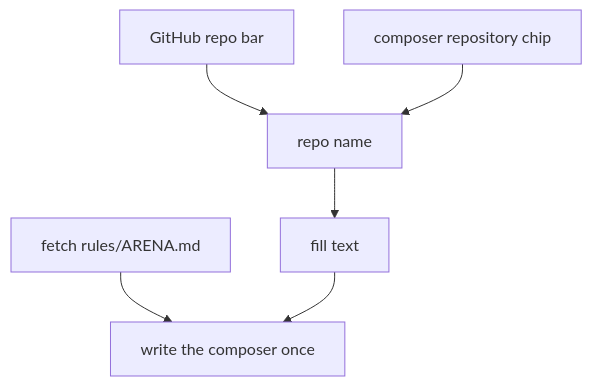
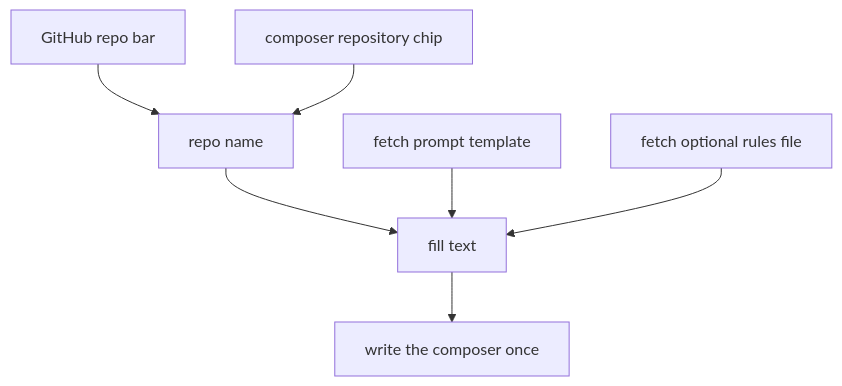
The diagram in userscripts/README.md (nemoe7/clankers), drawn with Mermaid before and after one commit. The commit also changed other lines of this file and 5 other files, not shown here.

````diff
--- a/userscripts/README.md
+++ b/userscripts/README.md
@@ -51,8 +55,9 @@
 ```mermaid
 flowchart TB
   B[GitHub repo bar] --> N[repo name]
   C[composer repository chip] --> N
   N --> T[fill text]
-  F[fetch rules/ARENA.md] --> W[write the composer once]
-  T --> W
+  F[fetch prompt template] --> T
+  R[fetch optional rules file] --> T
+  T --> W[write the composer once]
 ```
````
